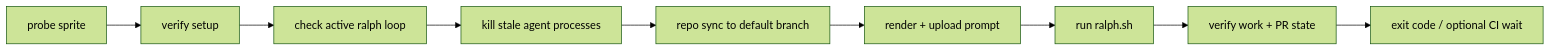
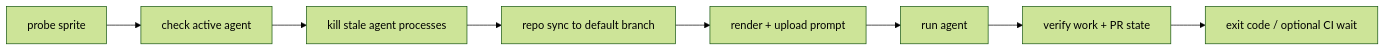
One commit to misty-step/bitterblossom changed the second of 5 diagrams in docs/architecture/bb-cli.md. Above: the diagram before and after it, drawn with Mermaid (forest theme). The commit also changed other lines of this file and 38 other files, not shown here.

````diff
--- a/docs/architecture/bb-cli.md
+++ b/docs/architecture/bb-cli.md
@@ -27,11 +27,10 @@
 ```mermaid
 flowchart LR
-    Probe["probe sprite"] --> Config["verify setup"]
-    Config --> Busy["check active ralph loop"]
+    Probe["probe sprite"] --> Busy["check active agent"]
     Busy --> Cleanup["kill stale agent processes"]
     Cleanup --> Sync["repo sync to default branch"]
     Sync --> Prompt["render + upload prompt"]
-    Prompt --> Ralph["run ralph.sh"]
-    Ralph --> Verify["verify work + PR state"]
+    Prompt --> Run["run agent"]
+    Run --> Verify["verify work + PR state"]
     Verify --> Exit["exit code / optional CI wait"]
 ```
````
